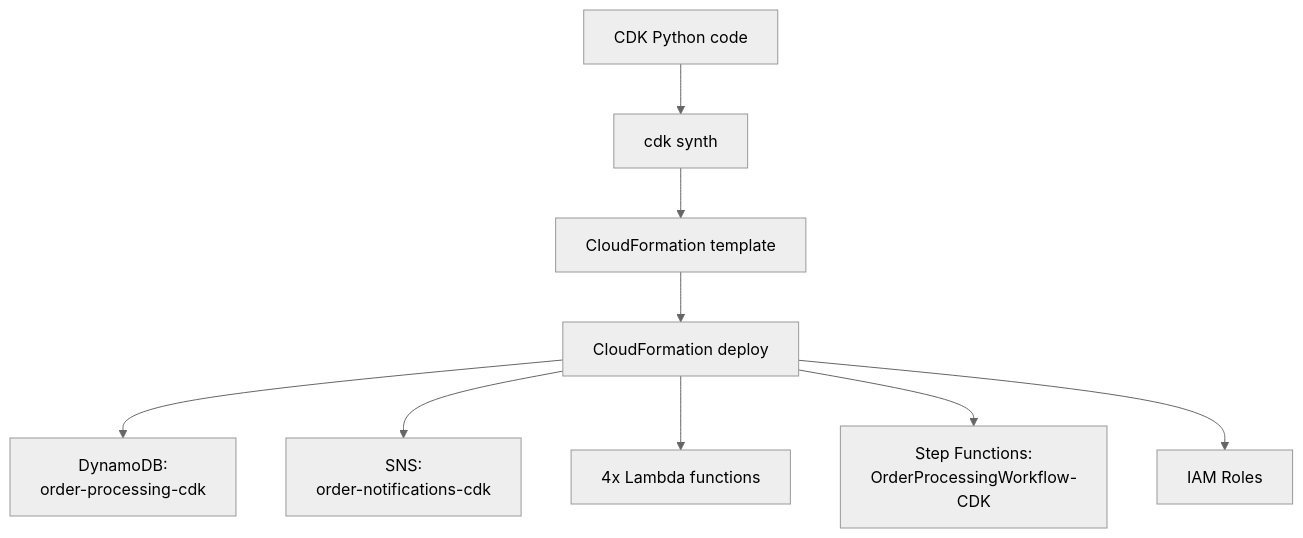
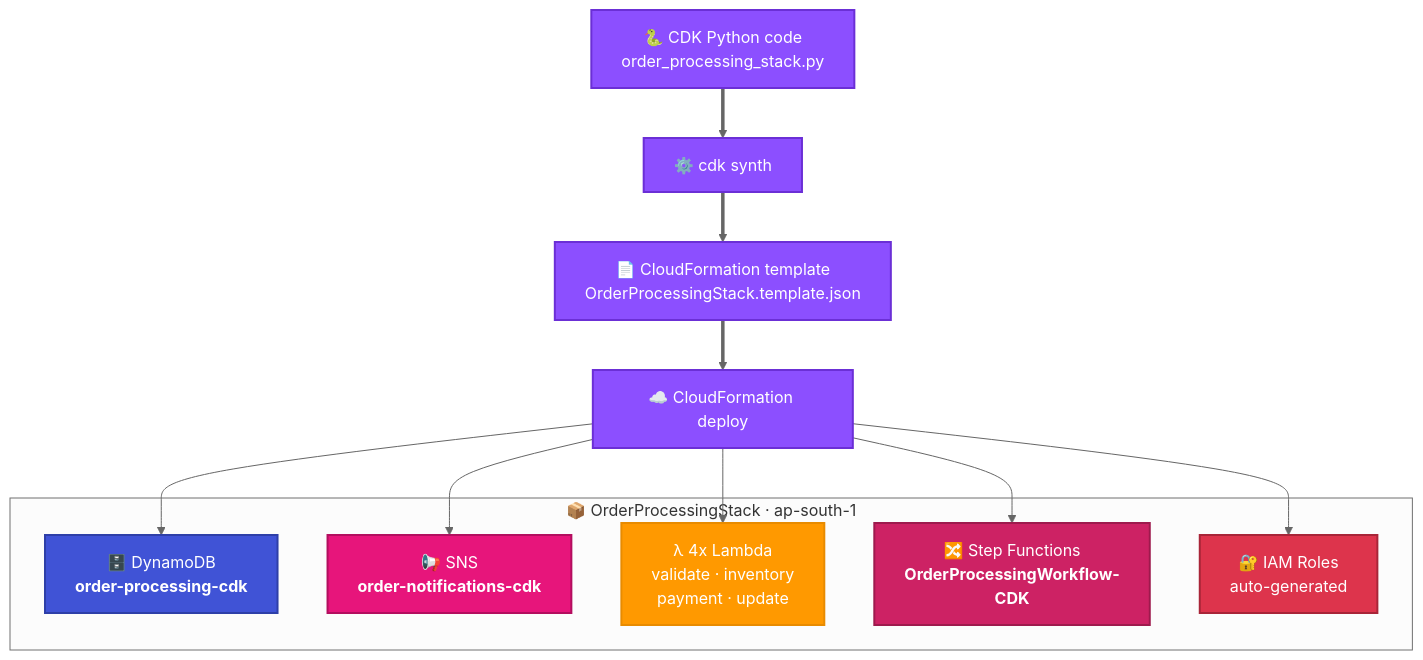
The diagram in week2/task2-cdk/README.md (abhi-achar/aws-hands-on-training), drawn with Mermaid (neutral theme) before and after one commit. The commit also changed 9 other files, not shown here.

Commit message:
docs: enhance architecture diagrams with AWS color-coding and detail

````diff
--- a/week2/task2-cdk/README.md
+++ b/week2/task2-cdk/README.md
@@ -7,11 +7,27 @@
 ```mermaid
 flowchart TD
-    Code["CDK Python code"] --> Synth["cdk synth"]
-    Synth --> Template["CloudFormation template"]
-    Template --> Deploy["CloudFormation deploy"]
-    Deploy --> R1["DynamoDB:<br/>order-processing-cdk"]
-    Deploy --> R2["SNS:<br/>order-notifications-cdk"]
-    Deploy --> R3["4x Lambda functions"]
-    Deploy --> R4["Step Functions:<br/>OrderProcessingWorkflow-CDK"]
-    Deploy --> R5["IAM Roles"]
+    Code["🐍 CDK Python code<br/>order_processing_stack.py"]:::iac
+    Synth["⚙️ cdk synth"]:::iac
+    Template["📄 CloudFormation template<br/>OrderProcessingStack.template.json"]:::iac
+    Deploy["☁️ CloudFormation deploy"]:::iac
+    subgraph Stack["📦 OrderProcessingStack · ap-south-1"]
+        R1["🗄️ DynamoDB<br/><b>order-processing-cdk</b>"]:::db
+        R2["📢 SNS<br/><b>order-notifications-cdk</b>"]:::messaging
+        R3["λ 4x Lambda<br/>validate · inventory<br/>payment · update"]:::lambda
+        R4["🔀 Step Functions<br/><b>OrderProcessingWorkflow-CDK</b>"]:::sfn
+        R5["🔐 IAM Roles<br/>auto-generated"]:::iam
+    end
+    Code ==> Synth ==> Template ==> Deploy
+    Deploy --> R1
+    Deploy --> R2
+    Deploy --> R3
+    Deploy --> R4
+    Deploy --> R5
+
+    classDef iac fill:#8C4FFF,stroke:#6B2FD6,stroke-width:2px,color:#ffffff
+    classDef db fill:#4053D6,stroke:#2E3FA8,stroke-width:2px,color:#ffffff
+    classDef messaging fill:#E7157B,stroke:#B30E5F,stroke-width:2px,color:#ffffff
+    classDef lambda fill:#FF9900,stroke:#E88B00,stroke-width:2px,color:#ffffff
+    classDef sfn fill:#CD2264,stroke:#9E1A4D,stroke-width:2px,color:#ffffff
+    classDef iam fill:#DD344C,stroke:#A82538,stroke-width:2px,color:#ffffff
 ```
````
